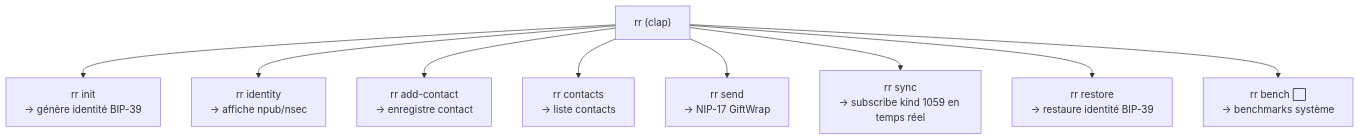
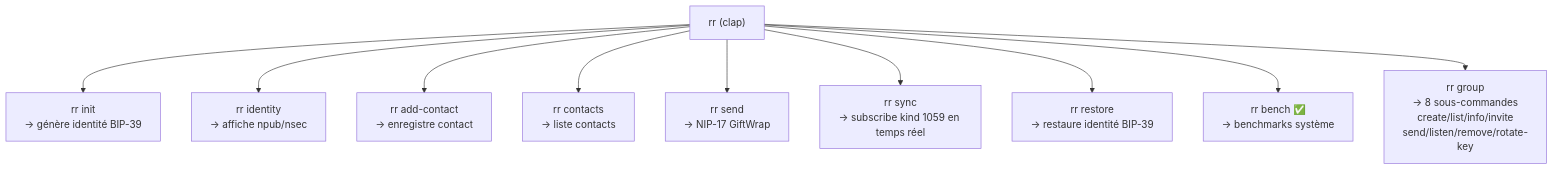
The second of 13 diagrams in docs/ARCHITECTURE.md (giak/reseau-racine), drawn with Mermaid before and after one commit. The commit also changed other lines of this file and 2 other files, not shown here.

Commit message:
docs: sync README, GUIDE, ARCHITECTURE for EPIC 2+5

````diff
--- a/docs/ARCHITECTURE.md
+++ b/docs/ARCHITECTURE.md
@@ -66,21 +69,23 @@
 ```mermaid
 graph TD
     RR["rr (clap)"]
     INIT["rr init<br/>→ génère identité BIP-39"]
     ID_CMD["rr identity<br/>→ affiche npub/nsec"]
     ADD["rr add-contact <alias> <npub><br/>→ enregistre contact"]
     LS["rr contacts<br/>→ liste contacts"]
     SEND_CMD["rr send <alias> <message><br/>→ NIP-17 GiftWrap"]
     SYNC_CMD["rr sync<br/>→ subscribe kind 1059 en temps réel"]
     RESTORE_CMD["rr restore <mnemonic><br/>→ restaure identité BIP-39"]
-    BENCH_CMD["rr bench ⬜<br/>→ benchmarks système"]
+    BENCH_CMD["rr bench ✅<br/>→ benchmarks système"]
+    GROUP_CMD["rr group<br/>→ 8 sous-commandes</br>create/list/info/invite</br>send/listen/remove/rotate-key"]
 
     RR --> INIT
     RR --> ID_CMD
     RR --> ADD
     RR --> LS
     RR --> SEND_CMD
     RR --> SYNC_CMD
     RR --> RESTORE_CMD
     RR --> BENCH_CMD
+    RR --> GROUP_CMD
 ```
````
